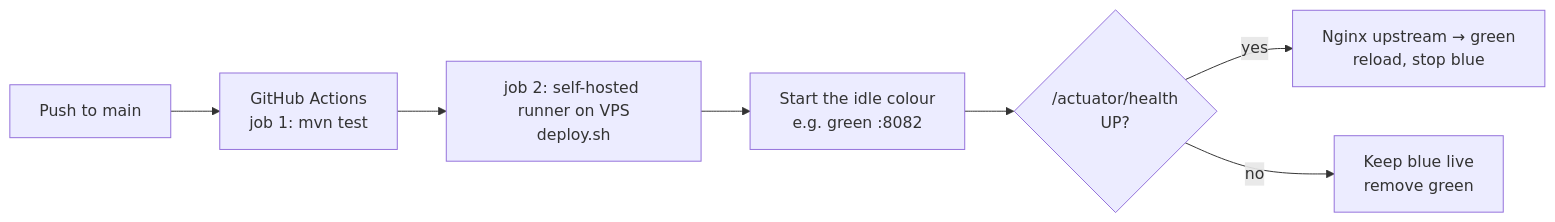
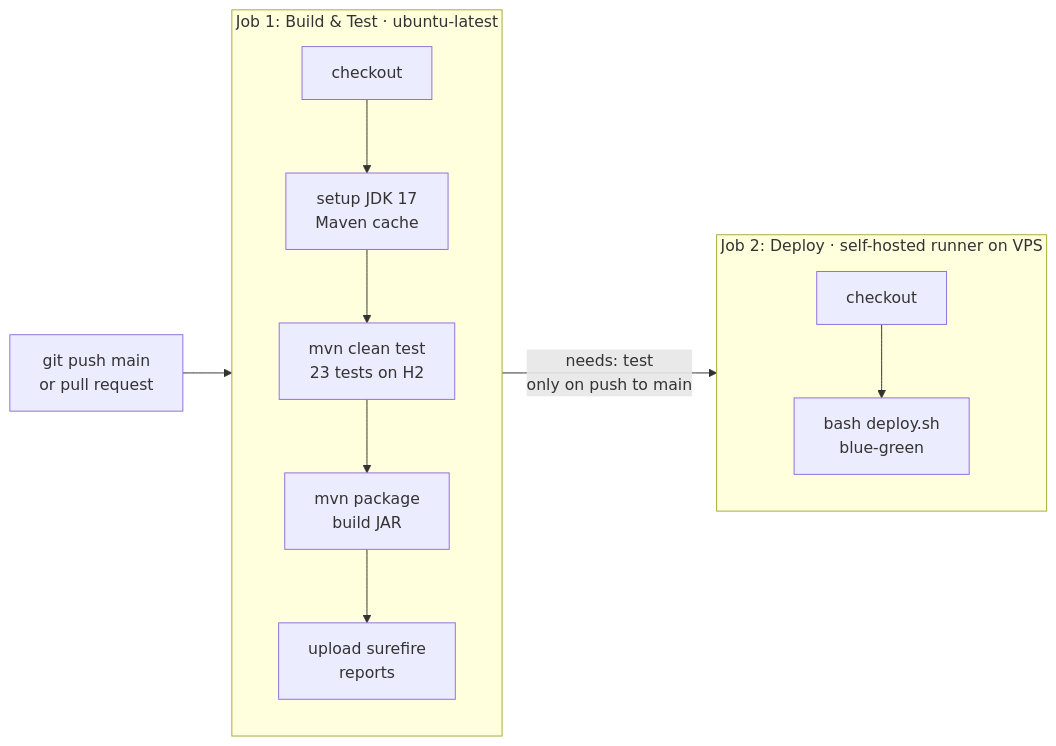
The third of 4 diagrams in README.md (prakash-434/product-sync-platform), drawn with Mermaid before and after one commit. The commit also changed other lines of this file, not shown here.

````diff
--- a/README.md
+++ b/README.md
@@ -76,9 +121,11 @@
 ```mermaid
 flowchart LR
-    GH[Push to main] --> T[GitHub Actions<br/>job 1: mvn test]
-    T --> D[job 2: self-hosted runner on VPS<br/>deploy.sh]
-    D --> NEW[Start the idle colour<br/>e.g. green :8082]
-    NEW --> HC{/actuator/health<br/>UP?}
-    HC -->|yes| SW[Nginx upstream → green<br/>reload, stop blue]
-    HC -->|no| RB[Keep blue live<br/>remove green]
+    PUSH[git push main<br/>or pull request] --> J1
+    subgraph J1 [Job 1: Build & Test · ubuntu-latest]
+      A[checkout] --> B[setup JDK 17<br/>Maven cache] --> C[mvn clean test<br/>23 tests on H2] --> D[mvn package<br/>build JAR] --> E[upload surefire<br/>reports]
+    end
+    J1 -->|needs: test<br/>only on push to main| J2
+    subgraph J2 [Job 2: Deploy · self-hosted runner on VPS]
+      F[checkout] --> G[bash deploy.sh<br/>blue-green]
+    end
 ```
````
